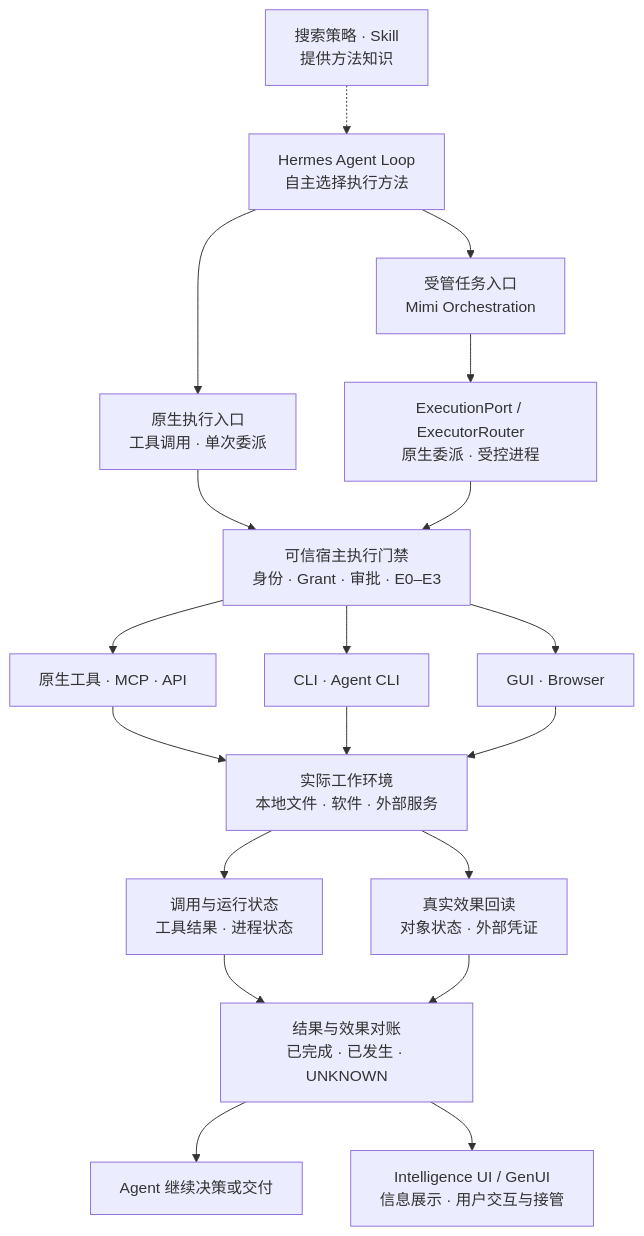
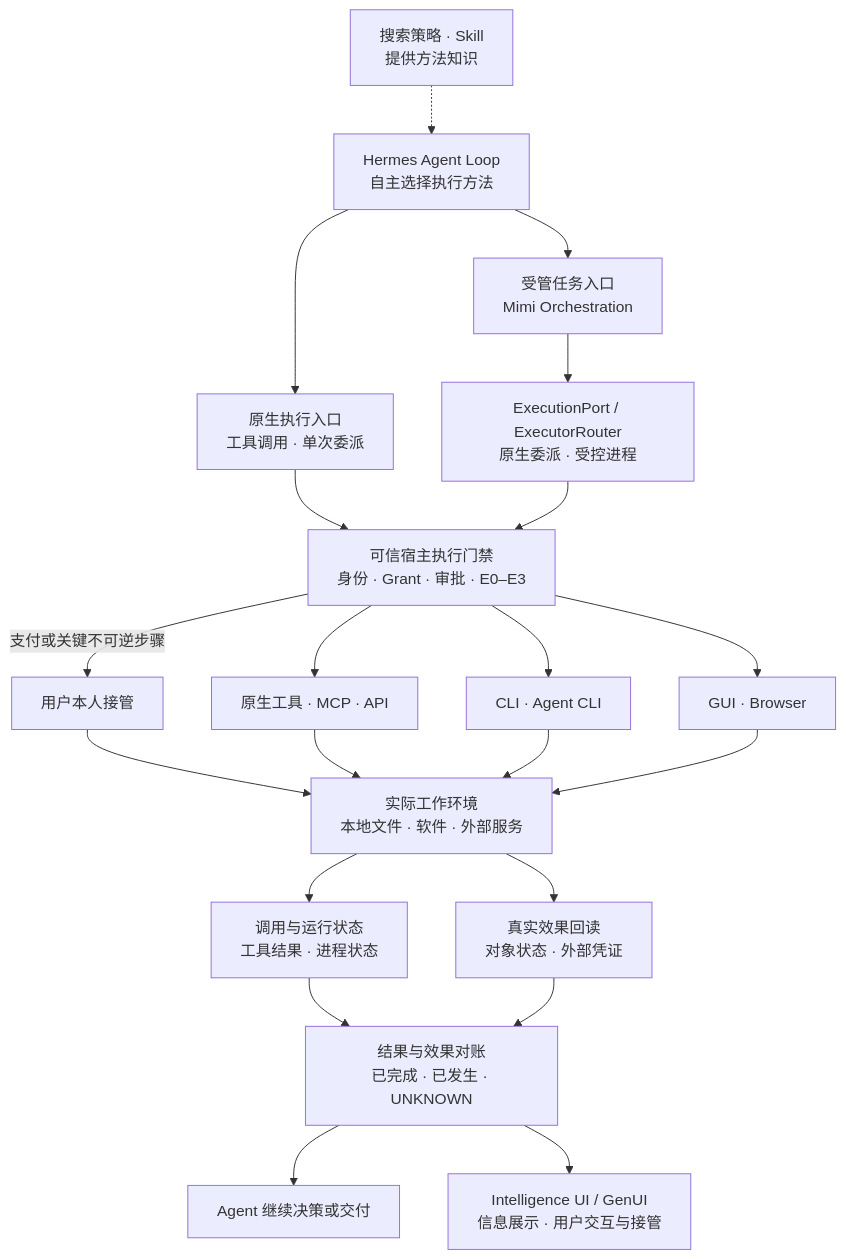
The diagram in parts/04-execution-and-effects.md (mor765504-gif/MGRS), drawn with Mermaid before and after one commit. The commit also changed other lines of this file and 28 other files, not shown here.

````diff
--- a/parts/04-execution-and-effects.md
+++ b/parts/04-execution-and-effects.md
@@ -36,29 +36,31 @@
 ```mermaid
 flowchart TB
     H["Hermes Agent Loop<br/>自主选择执行方法"]
     K["搜索策略 · Skill<br/>提供方法知识"] -.-> H
 
     H --> N["原生执行入口<br/>工具调用 · 单次委派"]
     H --> O["受管任务入口<br/>Mimi Orchestration"]
     O --> R["ExecutionPort / ExecutorRouter<br/>原生委派 · 受控进程"]
 
     N --> G["可信宿主执行门禁<br/>身份 · Grant · 审批 · E0–E3"]
     R --> G
 
     G --> T["原生工具 · MCP · API"]
     G --> C["CLI · Agent CLI"]
     G --> B["GUI · Browser"]
+    G -->|"支付或关键不可逆步骤"| P["用户本人接管"]
+    P --> W
 
     T --> W["实际工作环境<br/>本地文件 · 软件 · 外部服务"]
     C --> W
     B --> W
 
     W --> S["调用与运行状态<br/>工具结果 · 进程状态"]
     W --> E["真实效果回读<br/>对象状态 · 外部凭证"]
 
     S --> Q["结果与效果对账<br/>已完成 · 已发生 · UNKNOWN"]
     E --> Q
 
     Q --> A["Agent 继续决策或交付"]
     Q --> UI["Intelligence UI / GenUI<br/>信息展示 · 用户交互与接管"]
 ```
````
